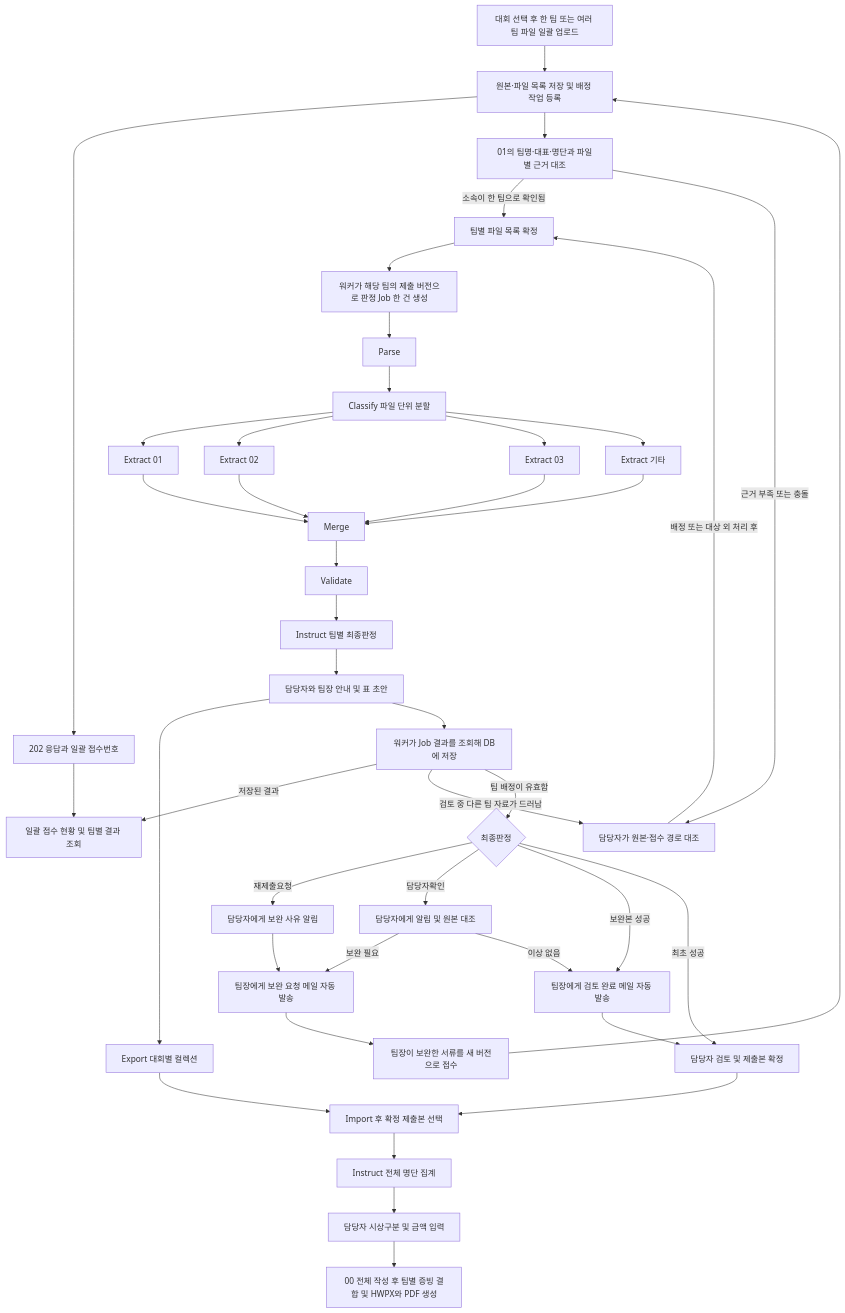
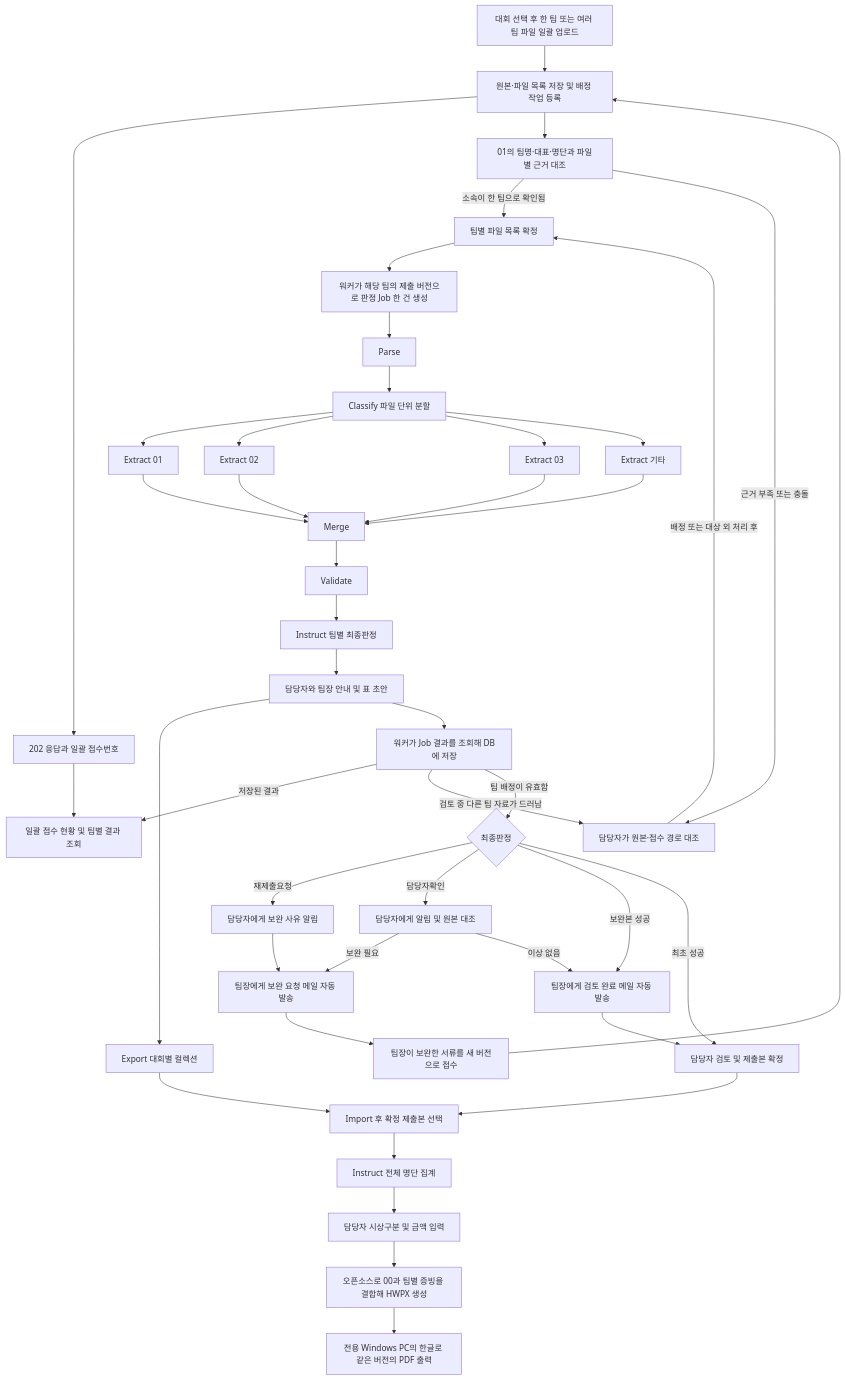
One commit to 2026-x-Upstage-AI-Agent-team/SW-AX changed the diagram in PROJECT_PLAN.md. Above: the diagram before and after it, drawn with Mermaid. The commit also changed other lines of this file and 1 other file, not shown here.

First line of the commit message:
Document open-source HWPX generation and Windows PDF output

````diff
--- a/PROJECT_PLAN.md
+++ b/PROJECT_PLAN.md
@@ -84,44 +84,45 @@
 ```mermaid
 flowchart TD
     A[대회 선택 후 한 팀 또는 여러 팀 파일 일괄 업로드] --> AB[원본·파일 목록 저장 및 배정 작업 등록]
     AB --> AC[202 응답과 일괄 접수번호]
     AC --> AD[일괄 접수 현황 및 팀별 결과 조회]
     AB --> Y[01의 팀명·대표·명단과 파일별 근거 대조]
     Y -->|소속이 한 팀으로 확인됨| READY[팀별 파일 목록 확정]
     Y -->|근거 부족 또는 충돌| HOLD[담당자가 원본·접수 경로 대조]
     HOLD -->|배정 또는 대상 외 처리 후| READY
     READY --> Z[워커가 해당 팀의 제출 버전으로 판정 Job 한 건 생성]
     Z --> B[Parse]
     B --> C[Classify 파일 단위 분할]
     C --> D[Extract 01]
     C --> E[Extract 02]
     C --> F[Extract 03]
     C --> G[Extract 기타]
     D --> H[Merge]
     E --> H
     F --> H
     G --> H
     H --> I[Validate]
     I --> J[Instruct 팀별 최종판정]
     J --> X[담당자와 팀장 안내 및 표 초안]
     X --> K[Export 대회별 컬렉션]
     X --> AA[워커가 Job 결과를 조회해 DB에 저장]
     AA -->|저장된 결과| AD
     AA -->|검토 중 다른 팀 자료가 드러남| HOLD
     AA -->|팀 배정이 유효함| Q{최종판정}
     Q -->|재제출요청| R[담당자에게 보완 사유 알림]
     R --> S[팀장에게 보완 요청 메일 자동 발송]
     S --> T[팀장이 보완한 서류를 새 버전으로 접수]
     T --> AB
     Q -->|담당자확인| U[담당자에게 알림 및 원본 대조]
     U -->|보완 필요| S
     U -->|이상 없음| W[팀장에게 검토 완료 메일 자동 발송]
     Q -->|보완본 성공| W
     Q -->|최초 성공| L[담당자 검토 및 제출본 확정]
     W --> L
     L --> M[Import 후 확정 제출본 선택]
     K --> M
     M --> N[Instruct 전체 명단 집계]
     N --> O[담당자 시상구분 및 금액 입력]
-    O --> P[00 전체 작성 후 팀별 증빙 결합 및 HWPX와 PDF 생성]
+    O --> P[오픈소스로 00과 팀별 증빙을 결합해 HWPX 생성]
+    P --> PDF[전용 Windows PC의 한글로 같은 버전의 PDF 출력]
 ```
````
